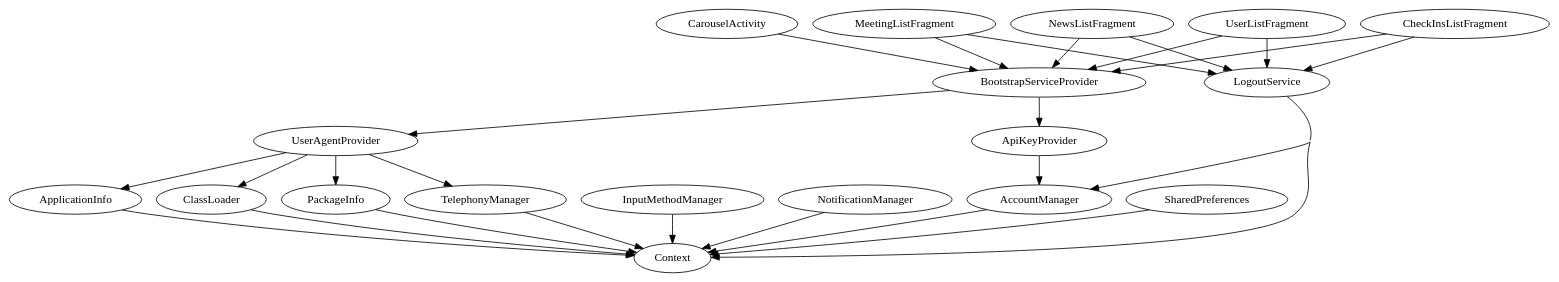
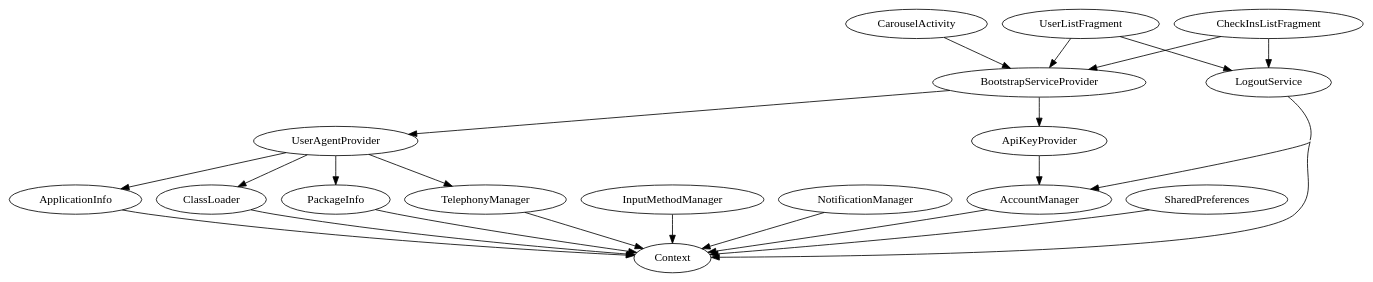
The diagram in app/target/idea-classes/com/pxl/android/cemeo/RootModule.dot (riksnickers/CemeoAndroid), drawn with Graphviz before and after one commit. The commit also changed 155 other files, not shown here.

```diff
--- a/app/target/idea-classes/com/pxl/android/cemeo/RootModule.dot
+++ b/app/target/idea-classes/com/pxl/android/cemeo/RootModule.dot
@@ -1,29 +1,25 @@
 digraph G1 {
   concentrate = true;
   AccountManager -> Context;
   ApiKeyProvider -> AccountManager;
   ApplicationInfo -> Context;
   BootstrapServiceProvider -> UserAgentProvider;
   BootstrapServiceProvider -> ApiKeyProvider;
   CarouselActivity -> BootstrapServiceProvider;
   CheckInsListFragment -> LogoutService;
   CheckInsListFragment -> BootstrapServiceProvider;
   ClassLoader -> Context;
   InputMethodManager -> Context;
+  LogoutService -> Context;
   LogoutService -> AccountManager;
-  LogoutService -> Context;
-  MeetingListFragment -> LogoutService;
-  MeetingListFragment -> BootstrapServiceProvider;
-  NewsListFragment -> LogoutService;
-  NewsListFragment -> BootstrapServiceProvider;
   NotificationManager -> Context;
   PackageInfo -> Context;
   SharedPreferences -> Context;
   TelephonyManager -> Context;
-  UserAgentProvider -> TelephonyManager;
-  UserAgentProvider -> ClassLoader;
   UserAgentProvider -> ApplicationInfo;
   UserAgentProvider -> PackageInfo;
+  UserAgentProvider -> ClassLoader;
+  UserAgentProvider -> TelephonyManager;
   UserListFragment -> LogoutService;
   UserListFragment -> BootstrapServiceProvider;
 }
```
